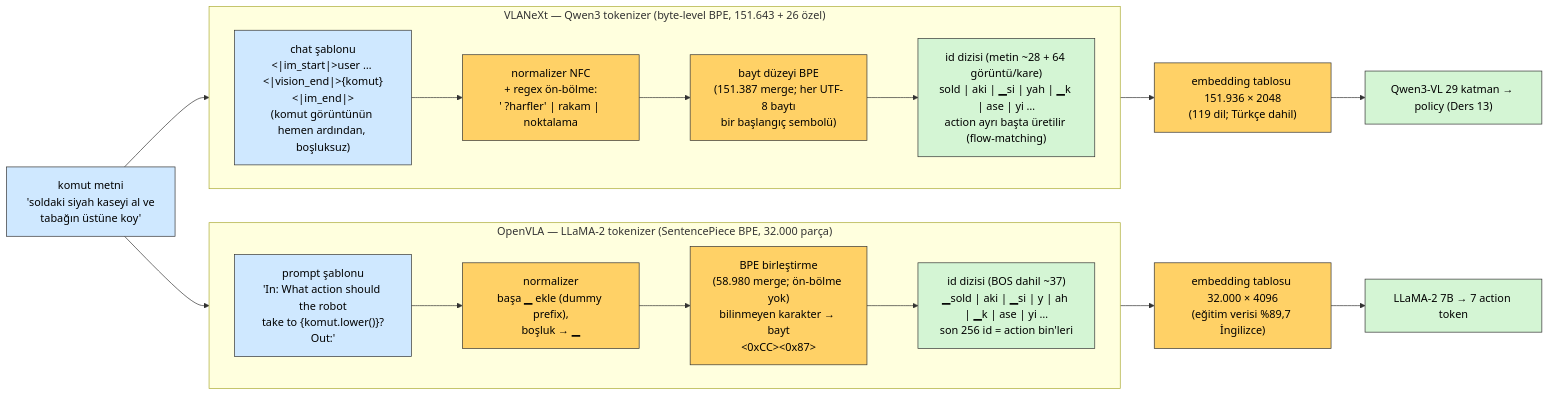
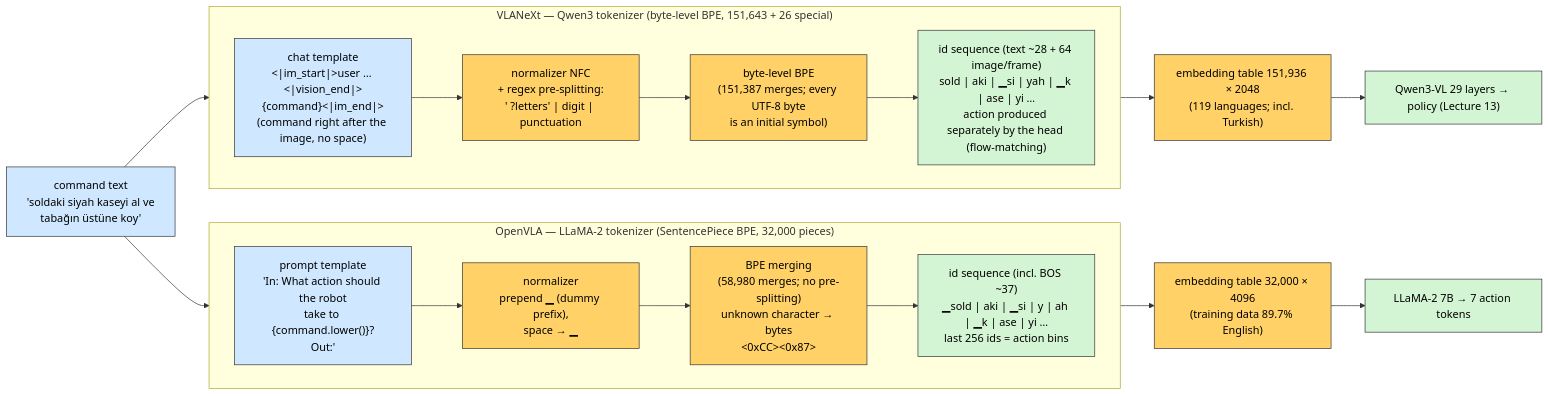
The diagram in lectures/images/lecture-22/01-pipeline.mmd (mesutd0nmez/vla-robot-learning-tr), drawn with Mermaid before and after one commit. The commit also changed 430 other files, not shown here.

```diff
--- a/lectures/images/lecture-22/01-pipeline.mmd
+++ b/lectures/images/lecture-22/01-pipeline.mmd
@@ -1,30 +1,30 @@
 flowchart LR
   classDef in fill:#cfe8ff,stroke:#333,color:#000
   classDef key fill:#ffd166,stroke:#333,color:#000
   classDef out fill:#d4f5d4,stroke:#333,color:#000
   classDef bad fill:#ffd6d6,stroke:#333,color:#000
 
-  S["komut metni<br/>'soldaki siyah kaseyi al ve<br/>tabağın üstüne koy'"]:::in
+  S["command text<br/>'soldaki siyah kaseyi al ve<br/>tabağın üstüne koy'"]:::in
 
-  subgraph L["OpenVLA — LLaMA-2 tokenizer (SentencePiece BPE, 32.000 parça)"]
+  subgraph L["OpenVLA — LLaMA-2 tokenizer (SentencePiece BPE, 32,000 pieces)"]
     direction LR
-    L0["prompt şablonu<br/>'In: What action should the robot<br/>take to {komut.lower()}?\nOut:'"]:::in
-    L1["normalizer<br/>başa ▁ ekle (dummy prefix),<br/>boşluk → ▁"]:::key
-    L2["BPE birleştirme<br/>(58.980 merge; ön-bölme yok)<br/>bilinmeyen karakter → bayt<br/>&lt;0xCC&gt;&lt;0x87&gt;"]:::key
-    L3["id dizisi (BOS dahil ~37)<br/>▁sold | aki | ▁si | y | ah | ▁k | ase | yi …<br/>son 256 id = action bin'leri"]:::out
+    L0["prompt template<br/>'In: What action should the robot<br/>take to {command.lower()}?\nOut:'"]:::in
+    L1["normalizer<br/>prepend ▁ (dummy prefix),<br/>space → ▁"]:::key
+    L2["BPE merging<br/>(58,980 merges; no pre-splitting)<br/>unknown character → bytes<br/>&lt;0xCC&gt;&lt;0x87&gt;"]:::key
+    L3["id sequence (incl. BOS ~37)<br/>▁sold | aki | ▁si | y | ah | ▁k | ase | yi …<br/>last 256 ids = action bins"]:::out
   end
 
-  subgraph Q["VLANeXt — Qwen3 tokenizer (byte-level BPE, 151.643 + 26 özel)"]
+  subgraph Q["VLANeXt — Qwen3 tokenizer (byte-level BPE, 151,643 + 26 special)"]
     direction LR
-    Q0["chat şablonu<br/>&lt;|im_start|&gt;user … &lt;|vision_end|&gt;{komut}&lt;|im_end|&gt;<br/>(komut görüntünün hemen ardından, boşluksuz)"]:::in
-    Q1["normalizer NFC<br/>+ regex ön-bölme:<br/>' ?harfler' | rakam | noktalama"]:::key
-    Q2["bayt düzeyi BPE<br/>(151.387 merge; her UTF-8 baytı<br/>bir başlangıç sembolü)"]:::key
-    Q3["id dizisi (metin ~28 + 64 görüntü/kare)<br/>sold | aki | ▁si | yah | ▁k | ase | yi …<br/>action ayrı başta üretilir (flow-matching)"]:::out
+    Q0["chat template<br/>&lt;|im_start|&gt;user … &lt;|vision_end|&gt;{command}&lt;|im_end|&gt;<br/>(command right after the image, no space)"]:::in
+    Q1["normalizer NFC<br/>+ regex pre-splitting:<br/>' ?letters' | digit | punctuation"]:::key
+    Q2["byte-level BPE<br/>(151,387 merges; every UTF-8 byte<br/>is an initial symbol)"]:::key
+    Q3["id sequence (text ~28 + 64 image/frame)<br/>sold | aki | ▁si | yah | ▁k | ase | yi …<br/>action produced separately by the head (flow-matching)"]:::out
   end
 
   S --> L0 --> L1 --> L2 --> L3
   S --> Q0 --> Q1 --> Q2 --> Q3
-  L3 --> E1["embedding tablosu 32.000 × 4096<br/>(eğitim verisi %89,7 İngilizce)"]:::key
-  Q3 --> E2["embedding tablosu 151.936 × 2048<br/>(119 dil; Türkçe dahil)"]:::key
-  E1 --> M1["LLaMA-2 7B → 7 action token"]:::out
-  E2 --> M2["Qwen3-VL 29 katman → policy (Ders 13)"]:::out
+  L3 --> E1["embedding table 32,000 × 4096<br/>(training data 89.7% English)"]:::key
+  Q3 --> E2["embedding table 151,936 × 2048<br/>(119 languages; incl. Turkish)"]:::key
+  E1 --> M1["LLaMA-2 7B → 7 action tokens"]:::out
+  E2 --> M2["Qwen3-VL 29 layers → policy (Lecture 13)"]:::out
```
